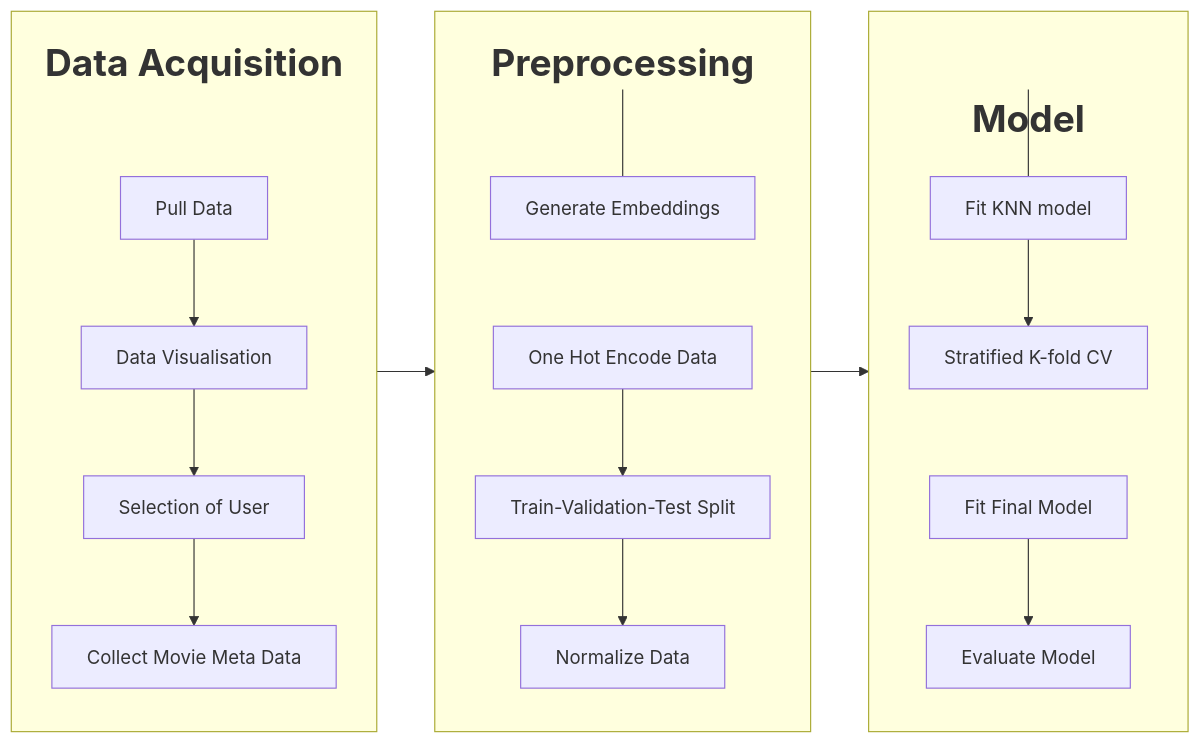
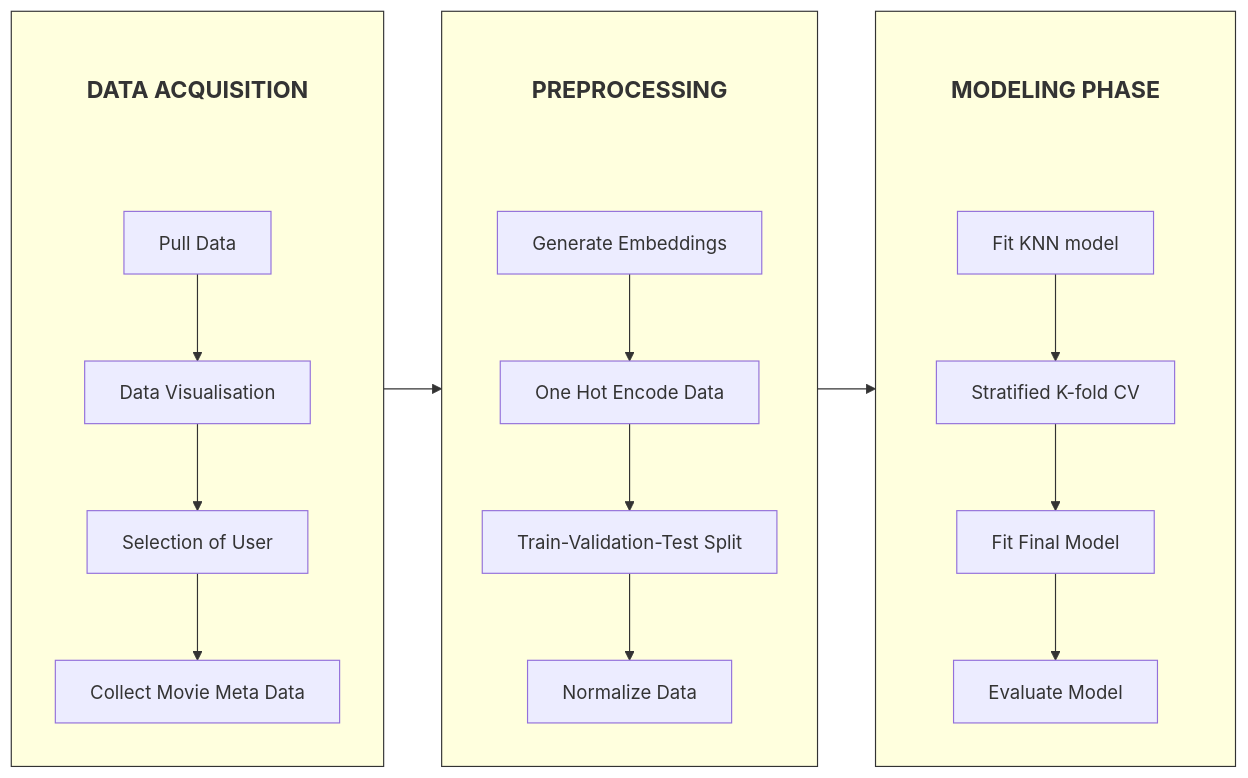
Before and after one commit to Cistaroth/IML-FINAL-PROJECT: the diagram in README.md, drawn with Mermaid.

Commit message:
Update workflow diagram in README.md

````diff
--- a/README.md
+++ b/README.md
@@ -24,53 +24,48 @@
 ```mermaid
 graph LR;
-    data_pull[Pull Data]
-    data_visualisation[Data Visualisation]
-    select_user[Selection of User]
-    collect_metadata[Collect Movie Meta Data]
 
-    generate_embeddings[Generate Embeddings]
-    train_test_split[Train-Validation-Test Split]
-    one_hot_encode_data[One Hot Encode Data]
-    normalize_data[Normalize Data]
-
-    train_model[Fit KNN model]
-    k_fold_cross_validation[Stratified K-fold CV]
-    train_final_model[Fit Final Model]
-    model_evaluation[Evaluate Model]
-
-    subgraph obtain_data["<h1> Data Acquisition </h1>"]
-    direction TB;
-    s1[ ]---data_pull;
-    data_pull-->data_visualisation;
-    data_visualisation-->select_user;
-    select_user-->collect_metadata;
+    subgraph obtain_data [ ]
+        direction TB
+        header1["<b>DATA ACQUISITION</b>"]
+        data_pull[Pull Data] --> data_visualisation[Data Visualisation]
+        data_visualisation --> select_user[Selection of User]
+        select_user --> collect_metadata[Collect Movie Meta Data]
+        
+        %% Connect header to the first node invisibly to keep it at the top
+        header1 ~~~ data_pull
     end
 
-    subgraph preprocessing["<h1> Preprocessing </h1>"]
-    direction TB;
-    s2[ ]---generate_embeddings;
-    generate_embeddings-->one_hot_encode_data;
-    one_hot_encode_data-->train_test_split;
-    train_test_split-->normalize_data;
+    subgraph preprocessing [ ]
+        direction TB
+        header2["<b>PREPROCESSING</b>"]
+        generate_embeddings[Generate Embeddings] --> one_hot_encode_data[One Hot Encode Data]
+        one_hot_encode_data --> train_test_split[Train-Validation-Test Split]
+        train_test_split --> normalize_data[Normalize Data]
+        
+        header2 ~~~ generate_embeddings
     end
 
-    subgraph model["<h1> <br/> Model </h1>"]
-    direction TB;
-    s3[ ]---train_model;
-    train_model-->k_fold_cross_validation;
-    k_fold_cross_validation-->train_final_model;
-    train_final_model-->model_evaluation;
+    subgraph model_section [ ]
+        direction TB
+        header3["<b>MODELING PHASE</b>"]
+        train_model[Fit KNN model] --> k_fold_cross_validation[Stratified K-fold CV]
+        k_fold_cross_validation --> train_final_model[Fit Final Model]
+        train_final_model --> model_evaluation[Evaluate Model]
+        
+        header3 ~~~ train_model
     end
 
-    obtain_data-->preprocessing;
+    %% Global Connections
+    obtain_data --> preprocessing
+    preprocessing --> model_section
 
-    preprocessing-->model;
+    %% Styling to make headers look like titles
+    style header1 fill:none,stroke:none,font-size:20px,font-weight:bold
+    style header2 fill:none,stroke:none,font-size:20px,font-weight:bold
+    style header3 fill:none,stroke:none,font-size:20px,font-weight:bold
     
-    style s1 fill:none,stroke:none
-    style s2 fill:none,stroke:none
-    style s3 fill:none,stroke:none
-    linkStyle 0,5,10 stroke:none
-
-
-
+    %% Styling the boxes
+    style obtain_data stroke:#333
+    style preprocessing stroke:#333
+    style model_section stroke:#333
 ```
````
